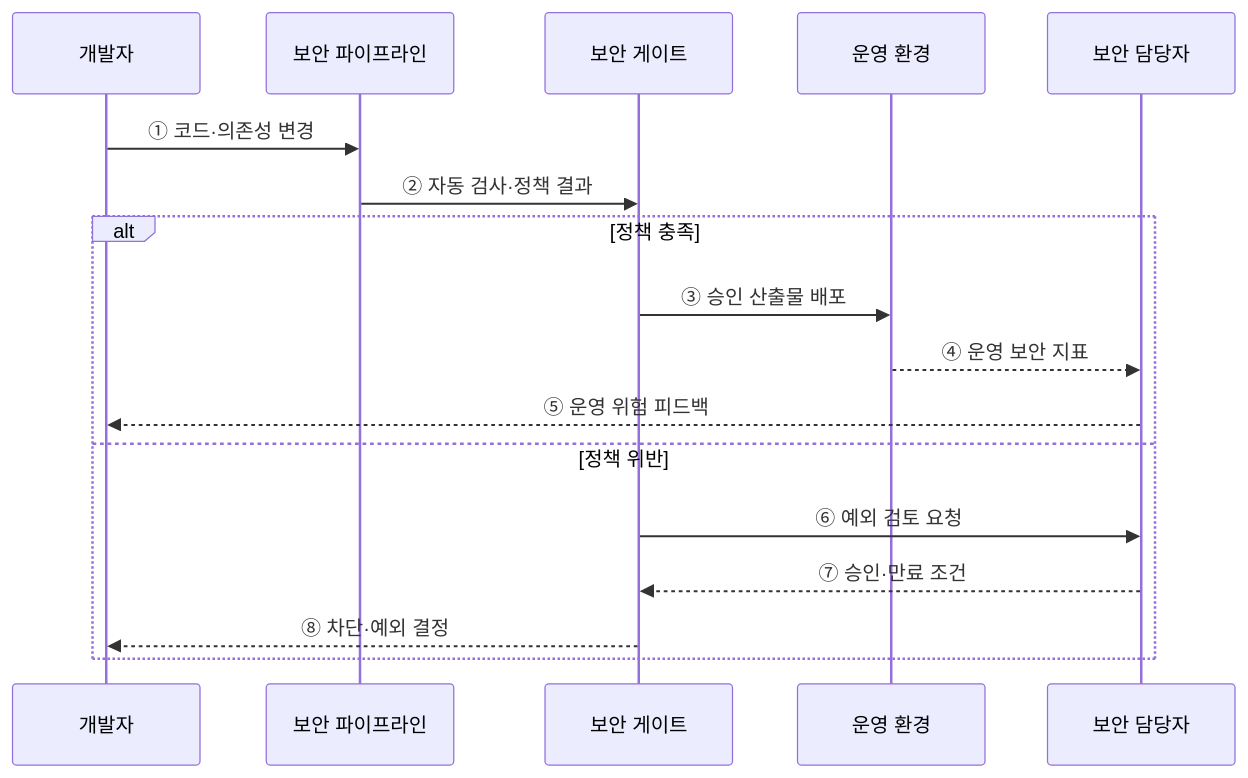
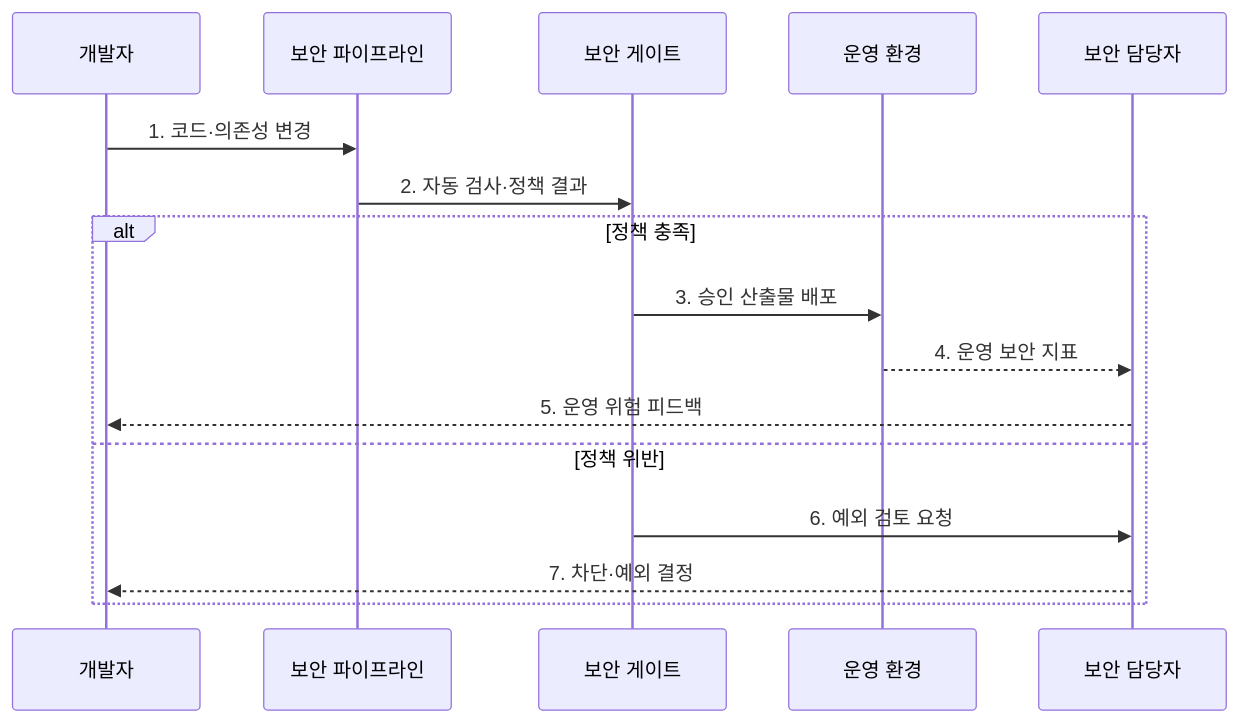
One commit to agnusdei1207/knowledge-base changed the second of 2 diagrams in src/content/docs/notes/03-software/057_devsecops.md. Above: the diagram before and after it, drawn with Mermaid. The commit also changed other lines of this file and 20 other files, not shown here.

````diff
--- a/src/content/docs/notes/03-software/057_devsecops.md
+++ b/src/content/docs/notes/03-software/057_devsecops.md
@@ -72,19 +81,18 @@
 ```mermaid
 sequenceDiagram
     participant D as 개발자
     participant P as 보안 파이프라인
     participant G as 보안 게이트
     participant E as 운영 환경
     participant S as 보안 담당자
-    D->>P: ① 코드·의존성 변경
-    P->>G: ② 자동 검사·정책 결과
+    D->>P: 1. 코드·의존성 변경
+    P->>G: 2. 자동 검사·정책 결과
     alt 정책 충족
-        G->>E: ③ 승인 산출물 배포
-        E-->>S: ④ 운영 보안 지표
-        S-->>D: ⑤ 운영 위험 피드백
+        G->>E: 3. 승인 산출물 배포
+        E-->>S: 4. 운영 보안 지표
+        S-->>D: 5. 운영 위험 피드백
     else 정책 위반
-        G->>S: ⑥ 예외 검토 요청
-        S-->>G: ⑦ 승인·만료 조건
-        G-->>D: ⑧ 차단·예외 결정
+        G->>S: 6. 예외 검토 요청
+        S-->>D: 7. 차단·예외 결정
     end
 ```
````
